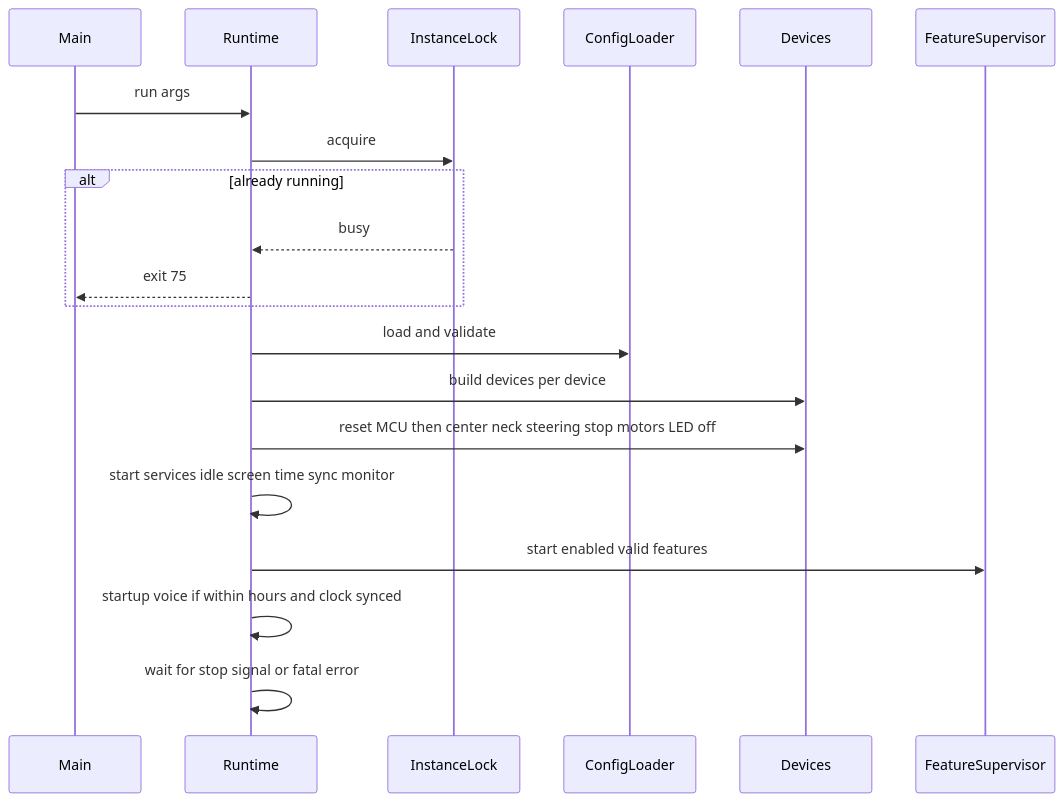
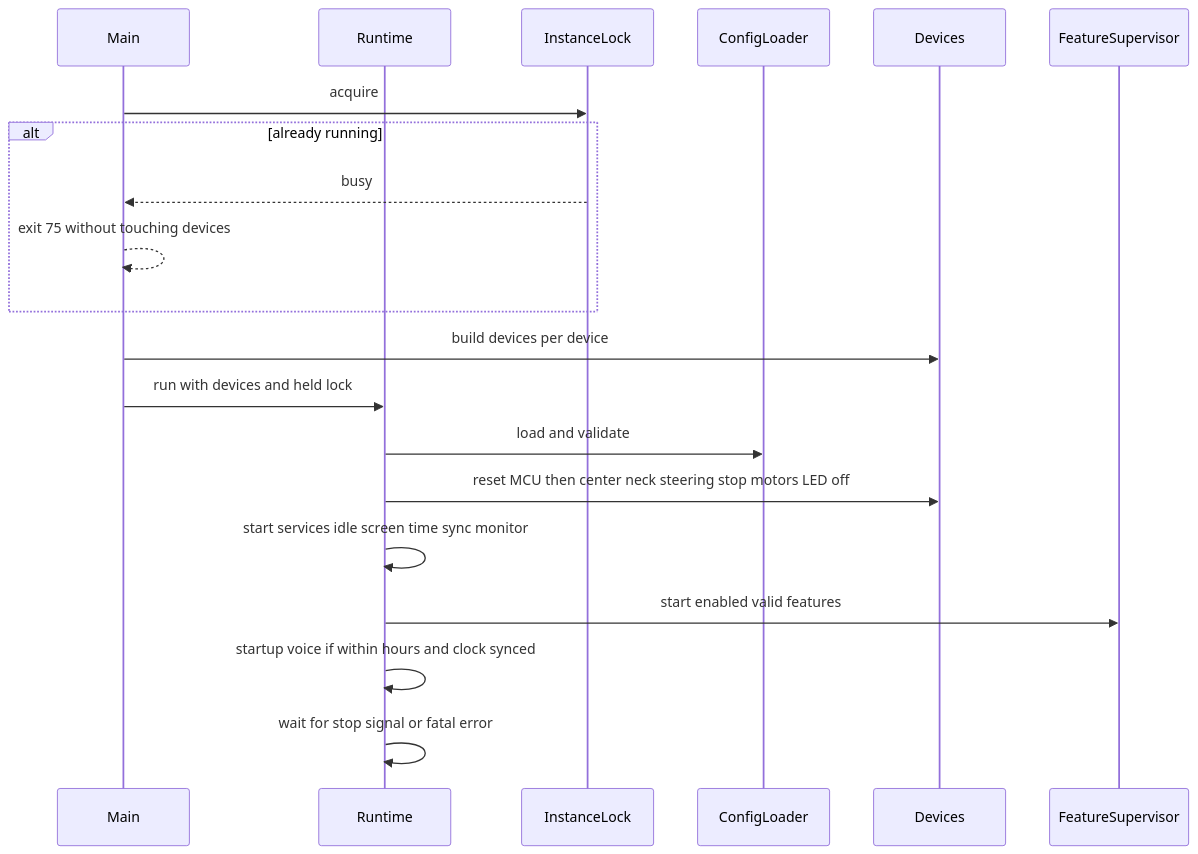
One commit to inakanou/OsekkaiRover changed the second of 4 diagrams in .kiro/specs/rover-core/design.md. Above: the diagram before and after it, drawn with Mermaid. The commit also changed other lines of this file and 1 other file, not shown here.

````diff
--- a/.kiro/specs/rover-core/design.md
+++ b/.kiro/specs/rover-core/design.md
@@ -230,22 +230,22 @@
 ```mermaid
 sequenceDiagram
     participant Main
     participant Runtime
     participant Lock as InstanceLock
     participant Cfg as ConfigLoader
     participant Dev as Devices
     participant Sup as FeatureSupervisor
-    Main->>Runtime: run args
-    Runtime->>Lock: acquire
+    Main->>Lock: acquire
     alt already running
-        Lock-->>Runtime: busy
-        Runtime-->>Main: exit 75
+        Lock-->>Main: busy
+        Main-->>Main: exit 75 without touching devices
     end
+    Main->>Dev: build devices per device
+    Main->>Runtime: run with devices and held lock
     Runtime->>Cfg: load and validate
-    Runtime->>Dev: build devices per device
     Runtime->>Dev: reset MCU then center neck steering stop motors LED off
     Runtime->>Runtime: start services idle screen time sync monitor
     Runtime->>Sup: start enabled valid features
     Runtime->>Runtime: startup voice if within hours and clock synced
     Runtime->>Runtime: wait for stop signal or fatal error
 ```
````
